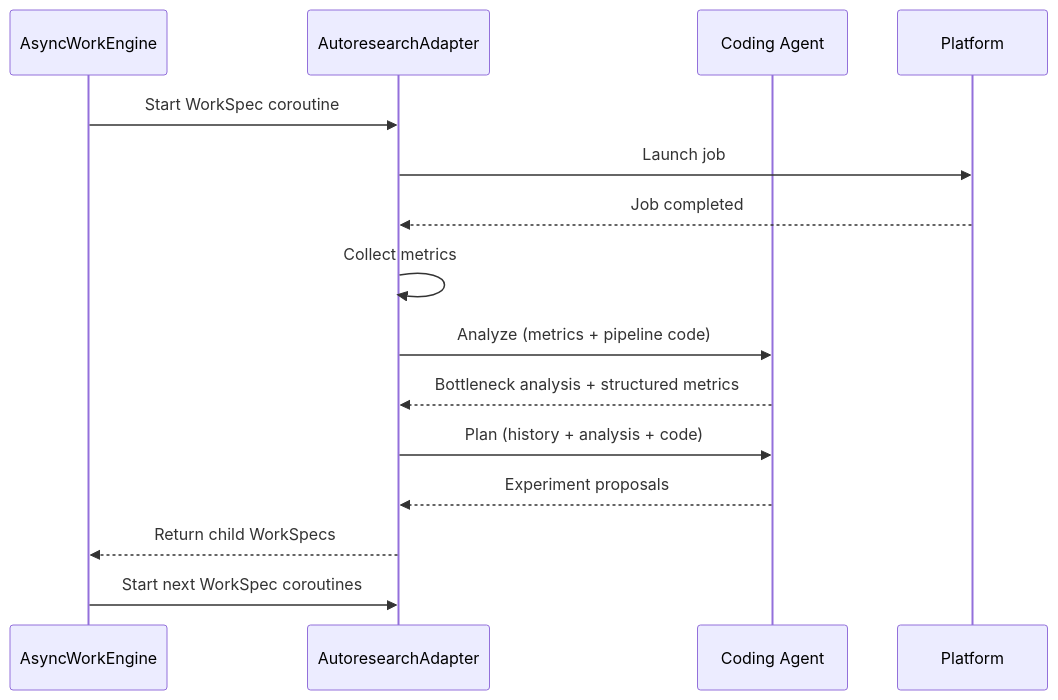
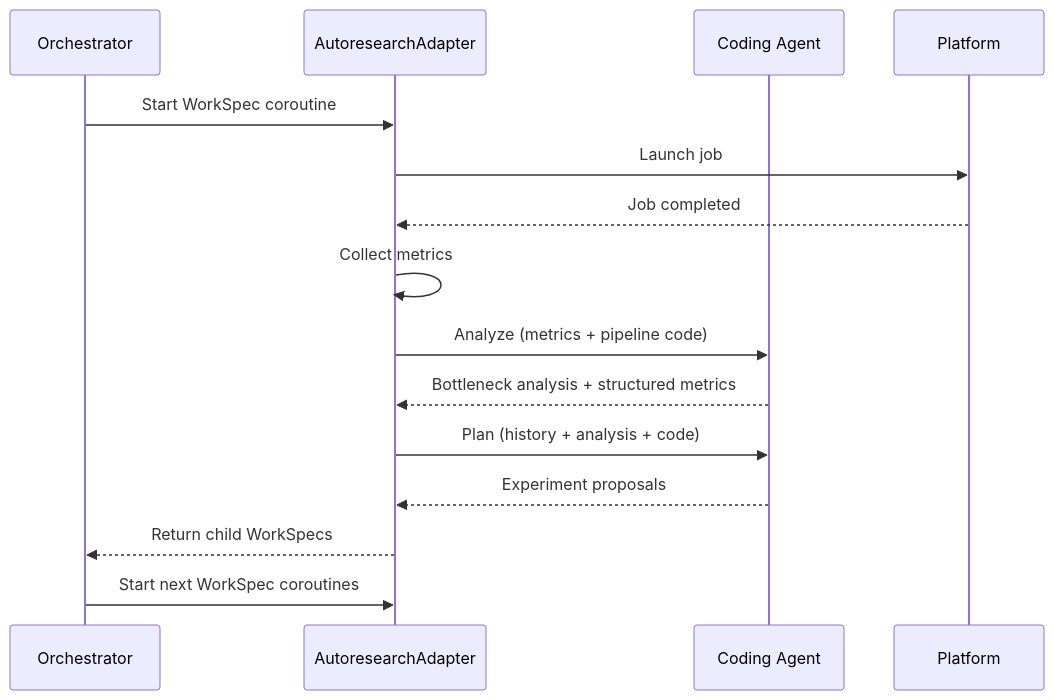
One commit to facebookresearch/spdl changed the diagram in docs/source/autoresearch/autoresearch.rst. Above: the diagram before and after it, drawn with Mermaid. The commit also changed other lines of this file and 13 other files, not shown here.

```diff
--- a/docs/source/autoresearch/autoresearch.rst
+++ b/docs/source/autoresearch/autoresearch.rst
@@ -170,18 +170,18 @@
 .. mermaid::
 
    sequenceDiagram
-       participant Engine as AsyncWorkEngine
+       participant Engine as Orchestrator
        participant Adapter as AutoresearchAdapter
        participant Agent as Coding Agent
        participant Platform as Platform
 
        Engine->>Adapter: Start WorkSpec coroutine
        Adapter->>Platform: Launch job
        Platform-->>Adapter: Job completed
        Adapter->>Adapter: Collect metrics
        Adapter->>Agent: Analyze (metrics + pipeline code)
        Agent-->>Adapter: Bottleneck analysis + structured metrics
        Adapter->>Agent: Plan (history + analysis + code)
        Agent-->>Adapter: Experiment proposals
        Adapter-->>Engine: Return child WorkSpecs
        Engine->>Adapter: Start next WorkSpec coroutines
```
